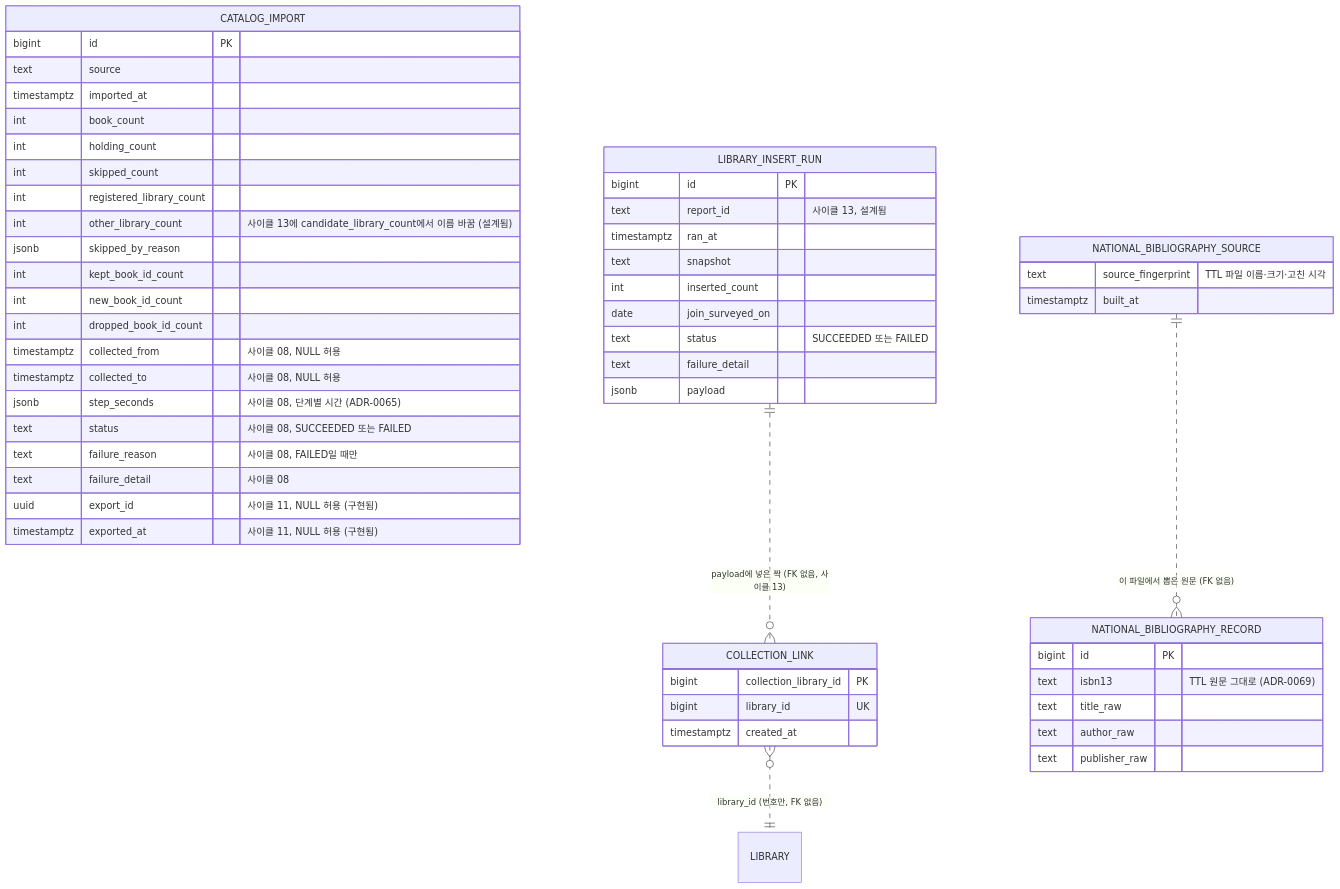
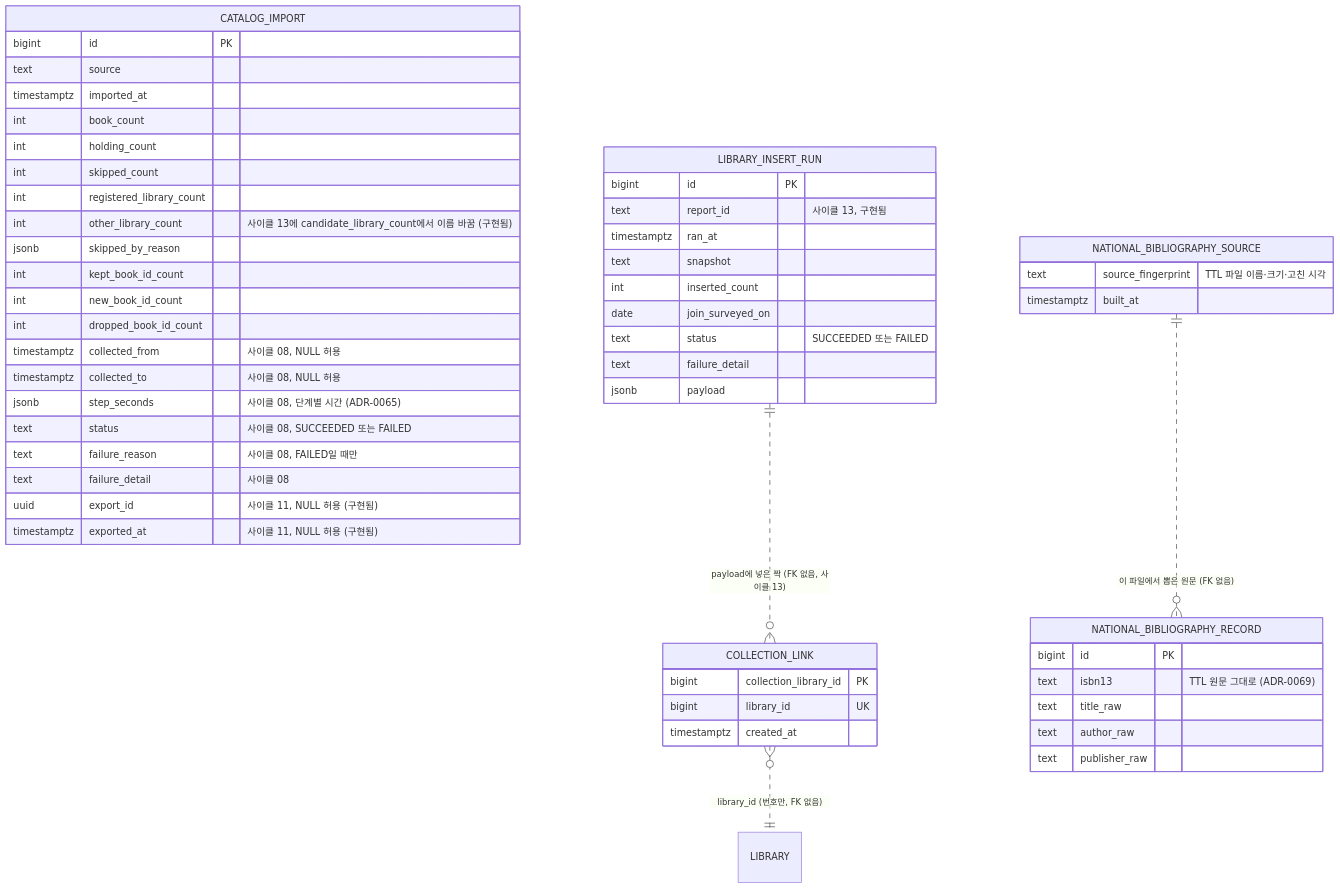
One commit to hodu-sketch/chaekcheck-plan changed the fourth of 7 diagrams in docs/current/data-model.md. Above: the diagram before and after it, drawn with Mermaid. The commit also changed other lines of this file and 8 other files, not shown here.

````diff
--- a/docs/current/data-model.md
+++ b/docs/current/data-model.md
@@ -366,55 +371,55 @@
 ```mermaid
 erDiagram
   COLLECTION_LINK {
     bigint collection_library_id PK
     bigint library_id UK
     timestamptz created_at
   }
   CATALOG_IMPORT {
     bigint id PK
     text source
     timestamptz imported_at
     int book_count
     int holding_count
     int skipped_count
     int registered_library_count
-    int other_library_count "사이클 13에 candidate_library_count에서 이름 바꿈 (설계됨)"
+    int other_library_count "사이클 13에 candidate_library_count에서 이름 바꿈 (구현됨)"
     jsonb skipped_by_reason
     int kept_book_id_count
     int new_book_id_count
     int dropped_book_id_count
     timestamptz collected_from "사이클 08, NULL 허용"
     timestamptz collected_to "사이클 08, NULL 허용"
     jsonb step_seconds "사이클 08, 단계별 시간 (ADR-0065)"
     text status "사이클 08, SUCCEEDED 또는 FAILED"
     text failure_reason "사이클 08, FAILED일 때만"
     text failure_detail "사이클 08"
     uuid export_id "사이클 11, NULL 허용 (구현됨)"
     timestamptz exported_at "사이클 11, NULL 허용 (구현됨)"
   }
   NATIONAL_BIBLIOGRAPHY_RECORD {
     bigint id PK
     text isbn13 "TTL 원문 그대로 (ADR-0069)"
     text title_raw
     text author_raw
     text publisher_raw
   }
   NATIONAL_BIBLIOGRAPHY_SOURCE {
     text source_fingerprint "TTL 파일 이름·크기·고친 시각"
     timestamptz built_at
   }
   LIBRARY_INSERT_RUN {
     bigint id PK
-    text report_id "사이클 13, 설계됨"
+    text report_id "사이클 13, 구현됨"
     timestamptz ran_at
     text snapshot
     int inserted_count
     date join_surveyed_on
     text status "SUCCEEDED 또는 FAILED"
     text failure_detail
     jsonb payload
   }
   COLLECTION_LINK }o..|| LIBRARY : "library_id (번호만, FK 없음)"
   NATIONAL_BIBLIOGRAPHY_SOURCE ||..o{ NATIONAL_BIBLIOGRAPHY_RECORD : "이 파일에서 뽑은 원문 (FK 없음)"
   LIBRARY_INSERT_RUN ||..o{ COLLECTION_LINK : "payload에 넣은 짝 (FK 없음, 사이클 13)"
 ```
````
